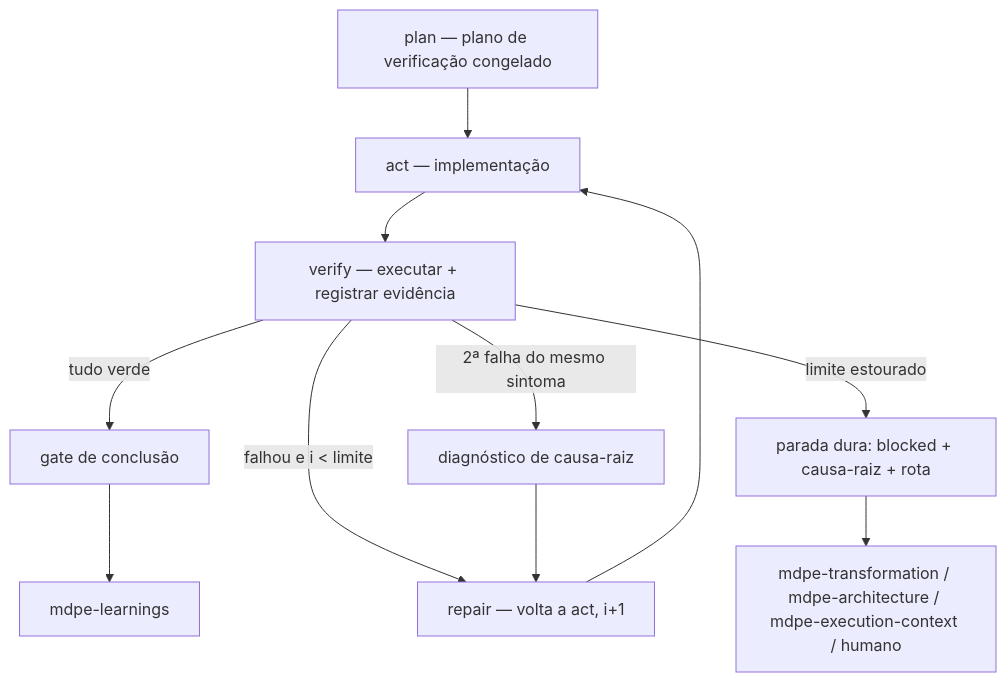
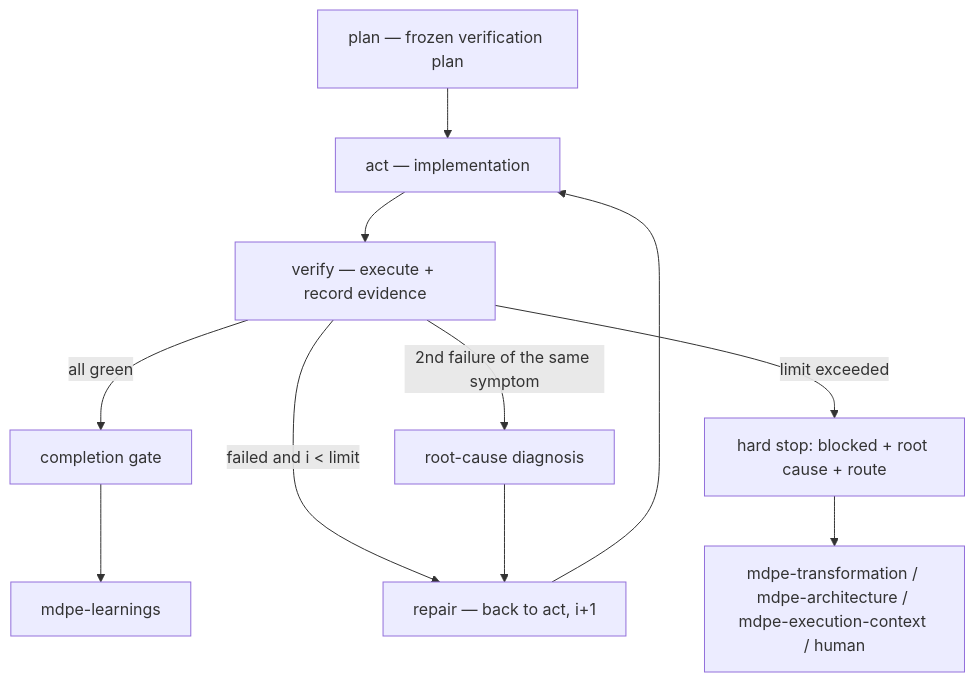
One commit to kallebelins/mdpe-skills changed the diagram in docs/adr/adr-003-loop-engineering.md. Above: the diagram before and after it, drawn with Mermaid. The commit also changed other lines of this file and 15 other files, not shown here.

````diff
--- a/docs/adr/adr-003-loop-engineering.md
+++ b/docs/adr/adr-003-loop-engineering.md
@@ -73,13 +75,13 @@
 ```mermaid
 graph TD
-    P["plan — plano de verificação congelado"] --> A["act — implementação"]
-    A --> V["verify — executar + registrar evidência"]
-    V -->|"tudo verde"| G["gate de conclusão"]
-    V -->|"falhou e i < limite"| R["repair — volta a act, i+1"]
+    P["plan — frozen verification plan"] --> A["act — implementation"]
+    A --> V["verify — execute + record evidence"]
+    V -->|"all green"| G["completion gate"]
+    V -->|"failed and i < limit"| R["repair — back to act, i+1"]
     R --> A
-    V -->|"2ª falha do mesmo sintoma"| DX["diagnóstico de causa-raiz"]
+    V -->|"2nd failure of the same symptom"| DX["root-cause diagnosis"]
     DX --> R
-    V -->|"limite estourado"| S["parada dura: blocked + causa-raiz + rota"]
+    V -->|"limit exceeded"| S["hard stop: blocked + root cause + route"]
     G --> L["mdpe-learnings"]
-    S --> O["mdpe-transformation / mdpe-architecture / mdpe-execution-context / humano"]
+    S --> O["mdpe-transformation / mdpe-architecture / mdpe-execution-context / human"]
 ```
````
